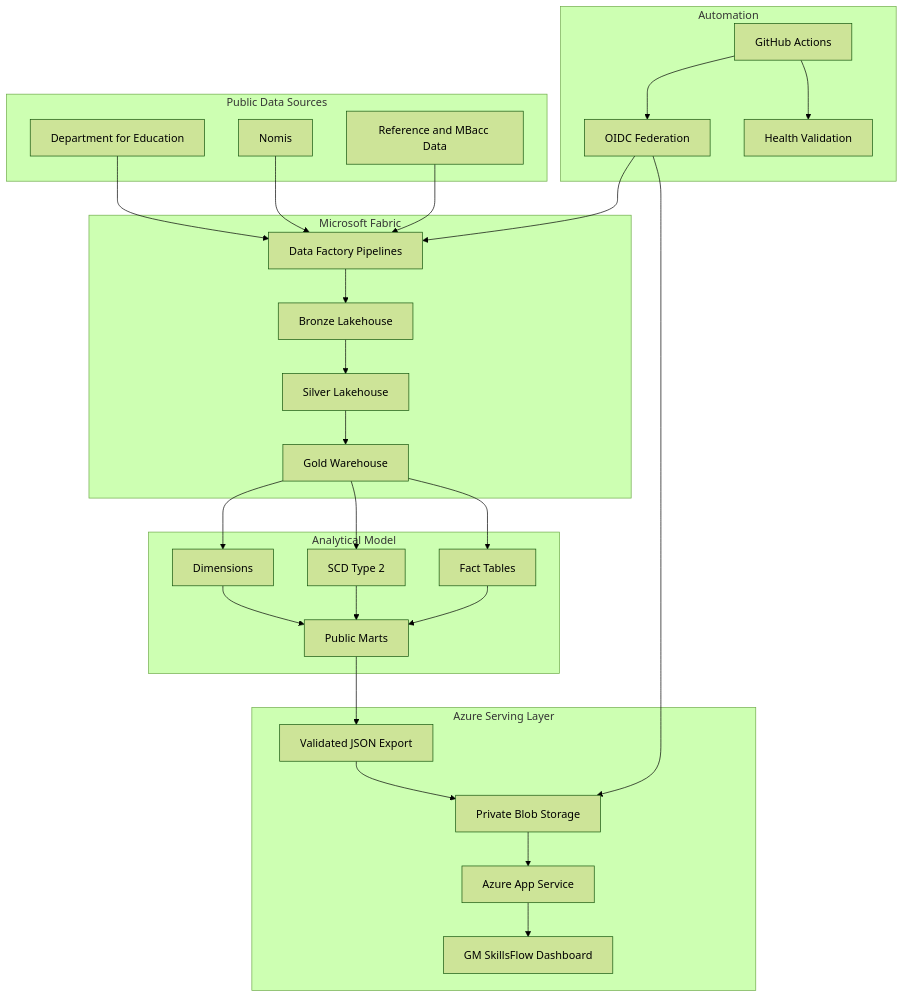
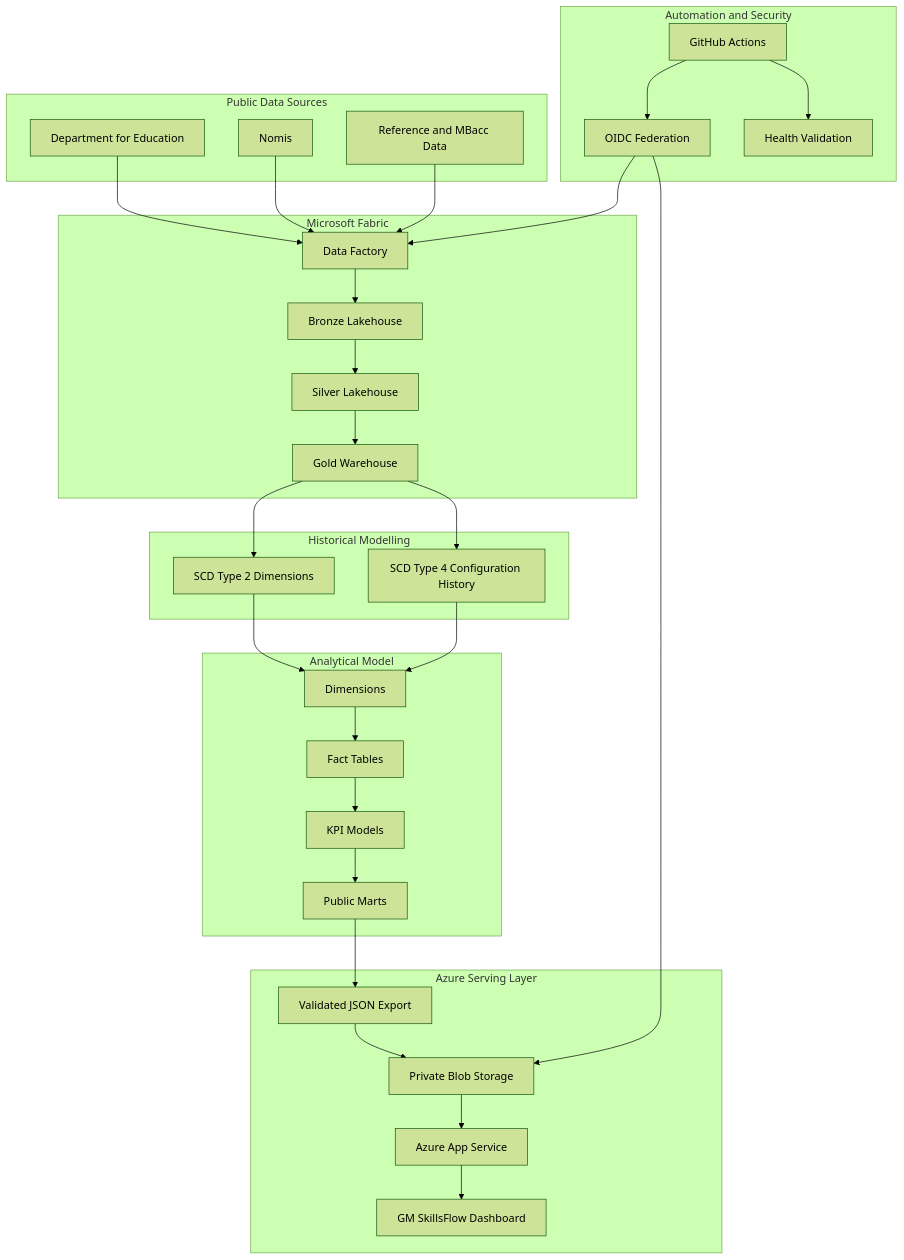
The tenth of 10 diagrams in README.md (kamilkenny/greater-manchester-skills-opportunity-intelligence), drawn with Mermaid (forest theme) before and after one commit. The commit also changed other lines of this file, not shown here.

````diff
--- a/README.md
+++ b/README.md
@@ -1021,61 +1096,70 @@
 ```mermaid
 flowchart TB
 
     subgraph SOURCES[Public Data Sources]
         DFE[Department for Education]
         NOMIS[Nomis]
         REF[Reference and MBacc Data]
     end
 
     subgraph FABRIC[Microsoft Fabric]
-        DF[Data Factory Pipelines]
+        DF[Data Factory]
         BR[Bronze Lakehouse]
         SI[Silver Lakehouse]
         WH[Gold Warehouse]
     end
 
-    subgraph MODEL[Analytical Model]
+    subgraph HIST[Historical Modelling]
+        SCD2[SCD Type 2 Dimensions]
+        SCD4[SCD Type 4 Configuration History]
+    end
+
+    subgraph ANALYTICS[Analytical Model]
         DIM[Dimensions]
-        SCD[SCD Type 2]
         FACT[Fact Tables]
+        KPI[KPI Models]
         MART[Public Marts]
     end
 
     subgraph SERVING[Azure Serving Layer]
-        EXPORT[Validated JSON Export]
+        EXP[Validated JSON Export]
         BLOB[Private Blob Storage]
         APP[Azure App Service]
         DASH[GM SkillsFlow Dashboard]
     end
 
-    subgraph AUTOMATION[Automation]
+    subgraph AUTO[Automation and Security]
         GH[GitHub Actions]
         OIDC[OIDC Federation]
         HEALTH[Health Validation]
     end
 
     DFE --> DF
     NOMIS --> DF
     REF --> DF
 
     DF --> BR
     BR --> SI
     SI --> WH
 
-    WH --> DIM
-    WH --> SCD
-    WH --> FACT
-    DIM --> MART
-    SCD --> MART
-    FACT --> MART
+    WH --> SCD2
+    WH --> SCD4
 
-    MART --> EXPORT
-    EXPORT --> BLOB
+    SCD2 --> DIM
+    SCD4 --> DIM
+
+    DIM --> FACT
+    FACT --> KPI
+    KPI --> MART
+
+    MART --> EXP
+    EXP --> BLOB
     BLOB --> APP
     APP --> DASH
 
     GH --> OIDC
     OIDC --> DF
     OIDC --> BLOB
+
     GH --> HEALTH
 ```
````
